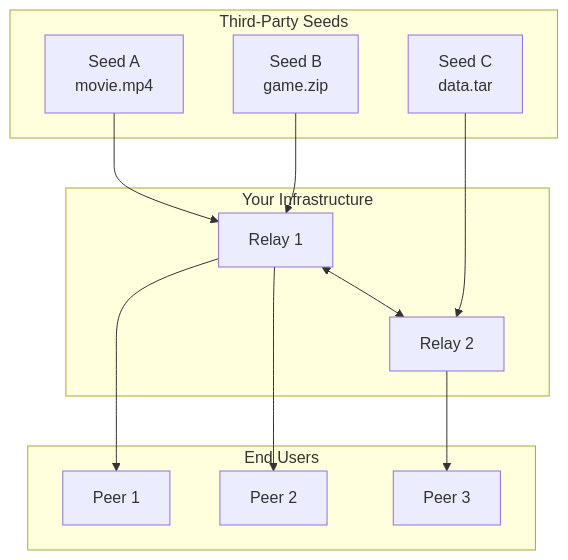
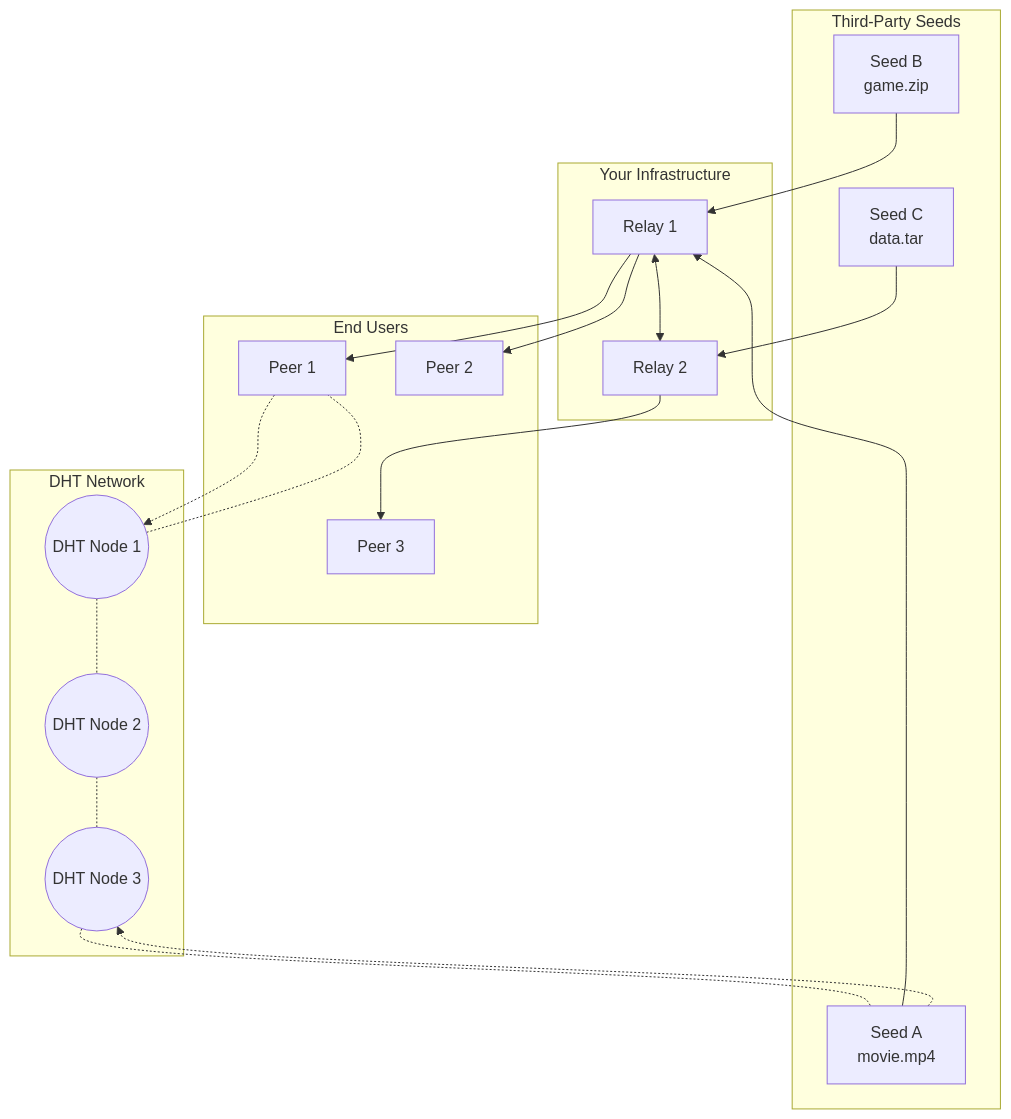
Before and after one commit to iMarand/magnetk: the diagram in docs/ARCHITECTURE.md, drawn with Mermaid. The commit also changed other lines of this file and 1 other file, not shown here.

````diff
--- a/docs/ARCHITECTURE.md
+++ b/docs/ARCHITECTURE.md
@@ -14,28 +14,42 @@
 ```mermaid
 graph TB
     subgraph "Your Infrastructure"
         R1[Relay 1]
         R2[Relay 2]
         R1 <--> R2
     end
     
     subgraph "Third-Party Seeds"
         S1[Seed A<br/>movie.mp4]
         S2[Seed B<br/>game.zip]
         S3[Seed C<br/>data.tar]
     end
     
     subgraph "End Users"
         P1[Peer 1]
         P2[Peer 2]
         P3[Peer 3]
     end
     
+    subgraph "DHT Network"
+        D1((DHT Node 1))
+        D2((DHT Node 2))
+        D3((DHT Node 3))
+        D1 -.- D2
+        D2 -.- D3
+        D3 -.- S1
+        D1 -.- P1
+    end
+    
     S1 --> R1
     S2 --> R1
     S3 --> R2
     
     R1 --> P1
     R1 --> P2
     R2 --> P3
+    
+    %% DHT Connections (Discovery)
+    S1 -.-> D3
+    P1 -.-> D1
 ```
````
